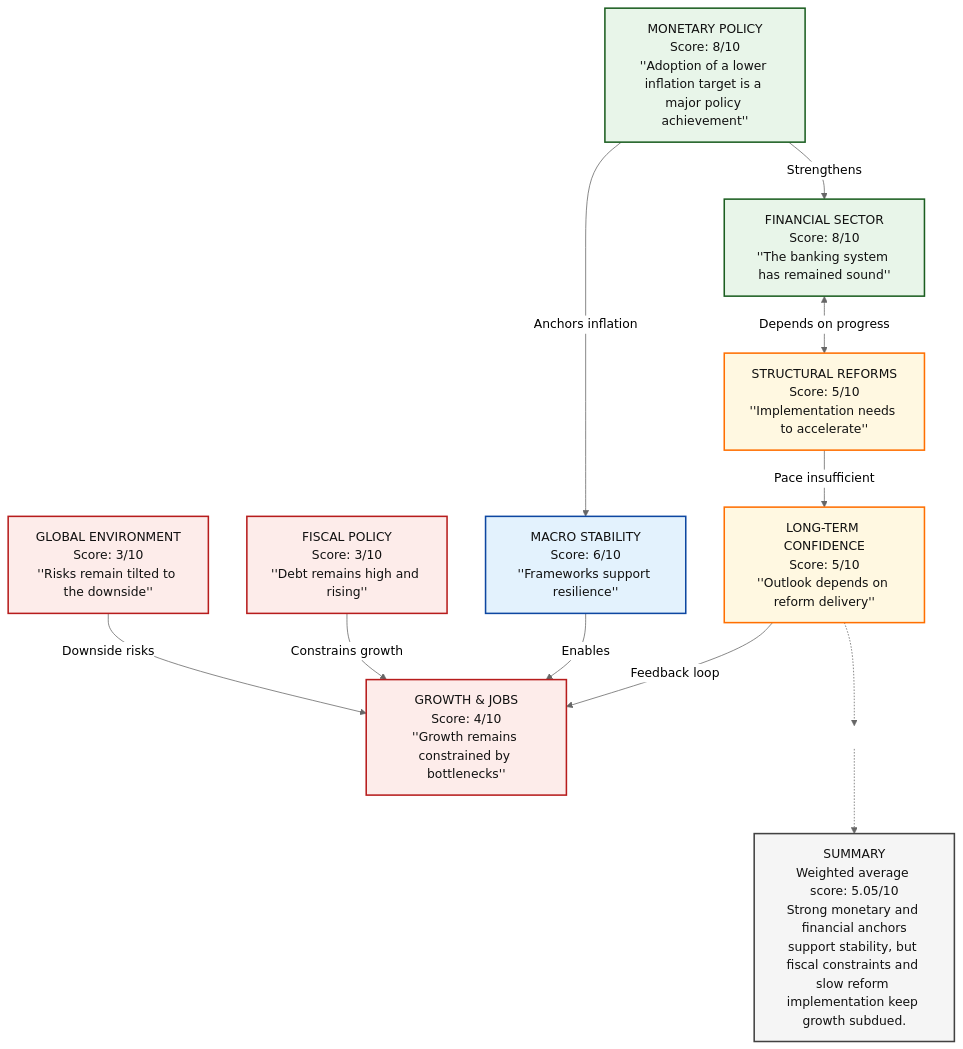
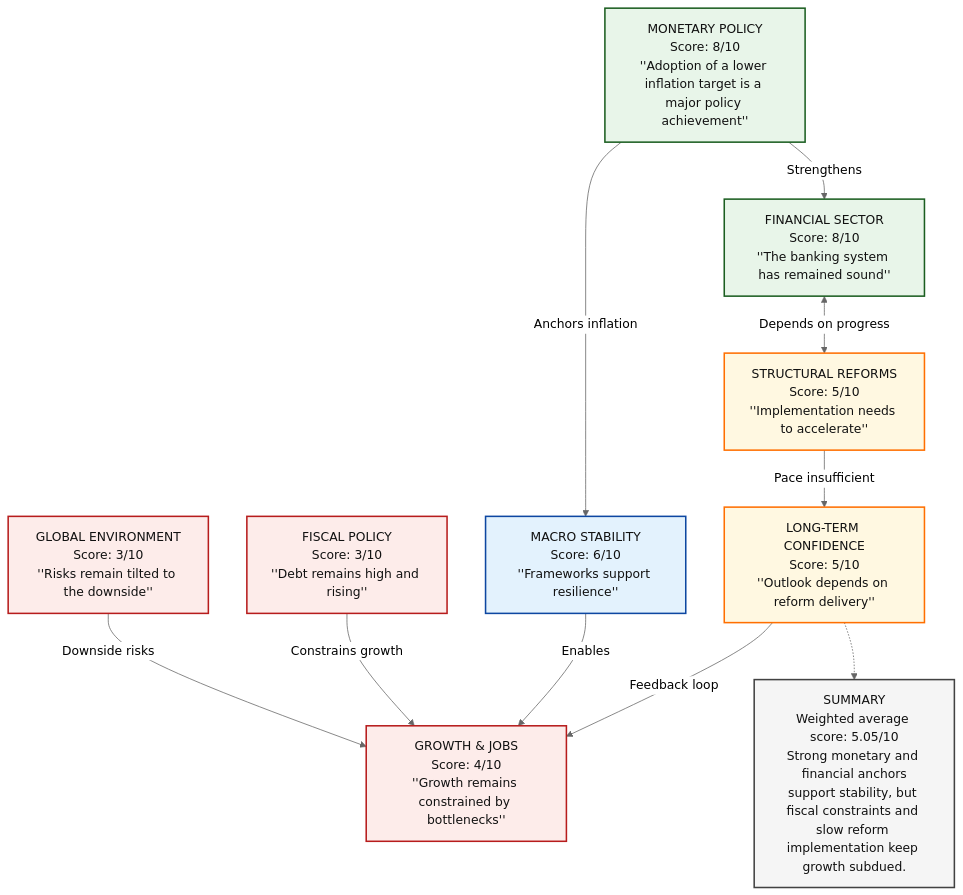
Before and after one commit to Tellusant/docs: the second of 2 diagrams in articles-posts/economic-sentiment-zaf.md, drawn with Mermaid (neutral theme).

```diff
--- a/articles-posts/economic-sentiment-zaf.md
+++ b/articles-posts/economic-sentiment-zaf.md
@@ -35,41 +35,40 @@
 <div class="mermaid">
 
  flowchart TD
 
 %% ========= NODES =========
 GE["GLOBAL ENVIRONMENT\nScore: 3/10\n''Risks remain tilted to the downside''"]:::risk
 FP["FISCAL POLICY\nScore: 3/10\n''Debt remains high and rising''"]:::risk
 GJ["GROWTH & JOBS\nScore: 4/10\n''Growth remains constrained by bottlenecks''"]:::risk
 MP["MONETARY POLICY\nScore: 8/10\n''Adoption of a lower inflation target is a major policy achievement''"]:::strong
 MS["MACRO STABILITY\nScore: 6/10\n''Frameworks support resilience''"]:::neutral
 FS["FINANCIAL SECTOR\nScore: 8/10\n''The banking system has remained sound''"]:::strong
 SR["STRUCTURAL REFORMS\nScore: 5/10\n''Implementation needs to accelerate''"]:::mixed
 LC["LONG-TERM CONFIDENCE\nScore: 5/10\n''Outlook depends on reform delivery''"]:::mixed
 
 %% ========= RELATIONSHIPS =========
 GE -->|Downside risks| GJ
 FP -->|Constrains growth| GJ
 MP -->|Anchors inflation| MS
 MS -->|Enables| GJ
 MP -->|Strengthens| FS
 FS <-->|Depends on progress| SR
 SR -->|Pace insufficient| LC
 LC -->|Feedback loop| GJ
 
 %% ========= INVISIBLE LAYOUT CONTROL =========
 ANCHOR[" "]:::anchor
-LC -.-> ANCHOR
 
 %% ========= SUMMARY (FORCED BELOW, NO VISIBLE ARROWS) =========
 SUM["SUMMARY\nWeighted average score: 5.05/10\nStrong monetary and financial anchors\nsupport stability, but fiscal constraints and slow reform \nimplementation keep growth subdued."]:::summary
-ANCHOR -.-> SUM
+LC -.-> SUM
 
 %% ========= STYLES =========
 classDef strong  fill:#E8F5E9,stroke:#1B5E20,stroke-width:2px,color:#111;
 classDef neutral fill:#E3F2FD,stroke:#0D47A1,stroke-width:2px,color:#111;
 classDef mixed   fill:#FFF8E1,stroke:#FF6F00,stroke-width:2px,color:#111;
 classDef risk    fill:#FDECEA,stroke:#B71C1C,stroke-width:2px,color:#111;
 classDef summary fill:#F5F5F5,stroke:#424242,stroke-width:2px,color:#111;
 classDef anchor fill:transparent,stroke:transparent;
 
 </div>
```
